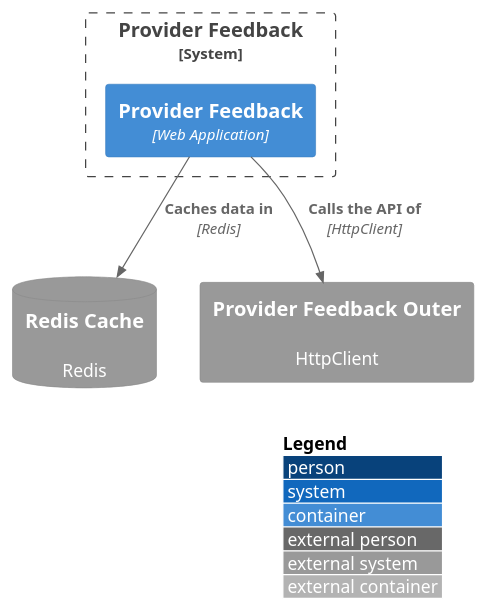
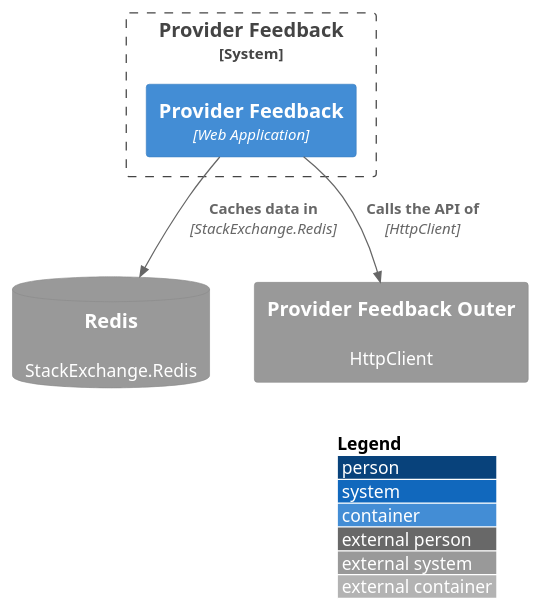
One commit to talentconsulting/atlas-dfe changed the diagram in das-providerfeedback-web/service-dependencies/service-dependencies.puml. Above: the diagram before and after it, drawn with PlantUML. The commit also changed 44 other files, not shown here.

```diff
--- a/das-providerfeedback-web/service-dependencies/service-dependencies.puml
+++ b/das-providerfeedback-web/service-dependencies/service-dependencies.puml
@@ -1,15 +1,15 @@
 @startuml
 !include https://raw.githubusercontent.com/plantuml-stdlib/C4-PlantUML/master/C4_Container.puml
 LAYOUT_WITH_LEGEND()
 
 System_Boundary(sys_SkillsFundingAgency_das_providerfeedback_web, "Provider Feedback") {
   Container(c_provider_feedback, "Provider Feedback", "Web Application")
 }
 
-SystemDb_Ext(d_cache_redis_cache, "Redis Cache", "Redis")
+SystemDb_Ext(d_cache_redis, "Redis", "StackExchange.Redis")
 System_Ext(d_http_api_provider_feedback_outer, "Provider Feedback Outer", "HttpClient")
 
-Rel(c_provider_feedback, d_cache_redis_cache, "Caches data in", "Redis")
+Rel(c_provider_feedback, d_cache_redis, "Caches data in", "StackExchange.Redis")
 Rel(c_provider_feedback, d_http_api_provider_feedback_outer, "Calls the API of", "HttpClient")
 
 @enduml
```
